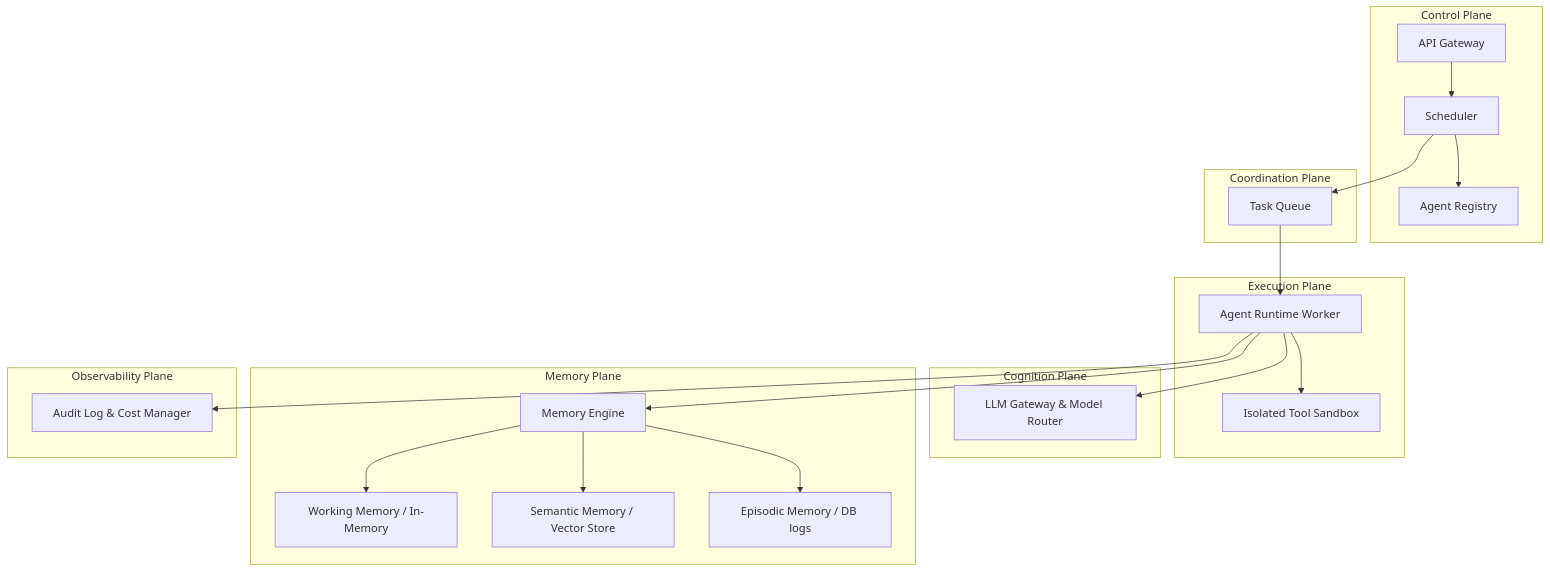
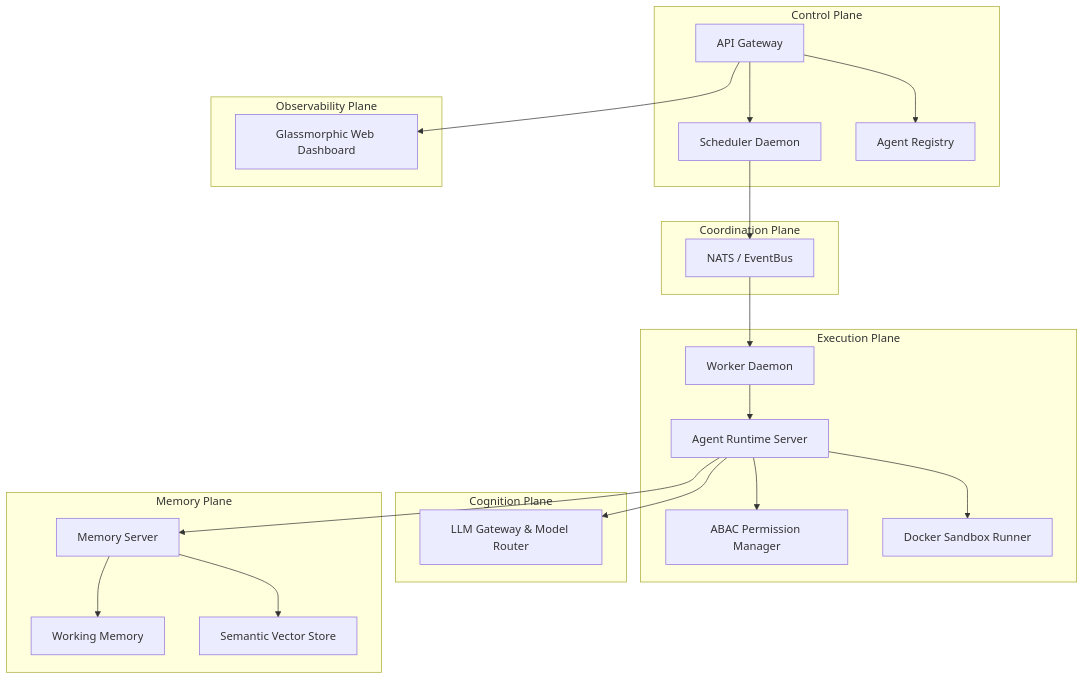
One commit to Piyush0000/AgentOS changed the diagram in README.md. Above: the diagram before and after it, drawn with Mermaid. The commit also changed other lines of this file and 7 other files, not shown here.

Commit message:
Implement AgentOS Milestone 3: Docker Sandbox Execution, ABAC Permission Engine, and Glassmorphic Web Dashboard

````diff
--- a/README.md
+++ b/README.md
@@ -15,31 +15,32 @@
 ```mermaid
 graph TD
     subgraph Control Plane
-        AG[API Gateway] --> S[Scheduler]
-        S --> AR[Agent Registry]
+        AG[API Gateway] --> S[Scheduler Daemon]
+        AG --> AR[Agent Registry]
     end
 
     subgraph Coordination Plane
-        S --> TQ[Task Queue]
+        S --> TQ[NATS / EventBus]
     end
 
     subgraph Execution Plane
-        TQ --> Run[Agent Runtime Worker]
-        Run --> Sandbox[Isolated Tool Sandbox]
+        TQ --> Run[Worker Daemon]
+        Run --> Runtime[Agent Runtime Server]
+        Runtime --> ABAC[ABAC Permission Manager]
+        Runtime --> Docker[Docker Sandbox Runner]
     end
 
     subgraph Cognition Plane
-        Run --> LLM[LLM Gateway & Model Router]
+        Runtime --> LLM[LLM Gateway & Model Router]
     end
 
     subgraph Memory Plane
-        Run --> Mem[Memory Engine]
-        Mem --> WM[Working Memory / In-Memory]
-        Mem --> SM[Semantic Memory / Vector Store]
-        Mem --> EM[Episodic Memory / DB logs]
+        Runtime --> Mem[Memory Server]
+        Mem --> WM[Working Memory]
+        Mem --> SM[Semantic Vector Store]
     end
 
     subgraph Observability Plane
-        Run --> Trace[Audit Log & Cost Manager]
+        AG --> UI[Glassmorphic Web Dashboard]
     end
 ```
````
